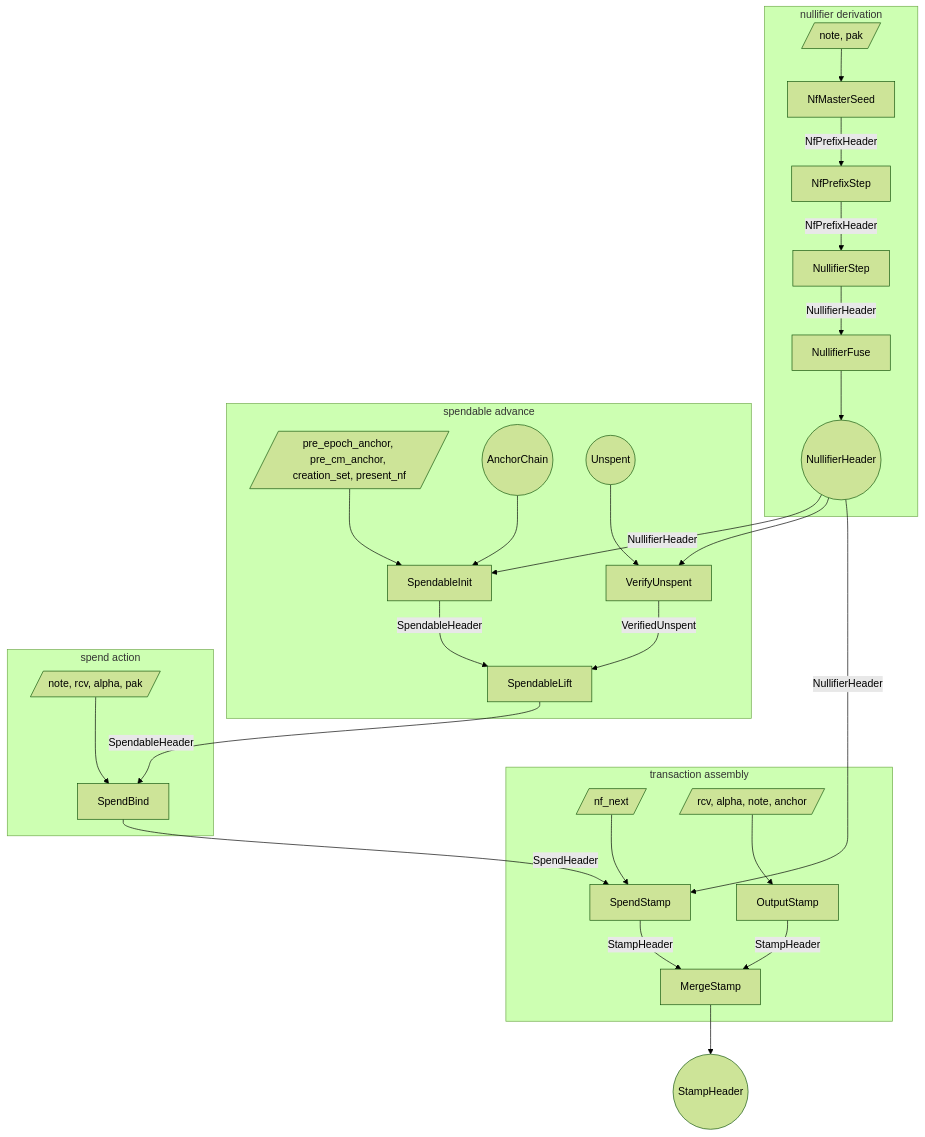
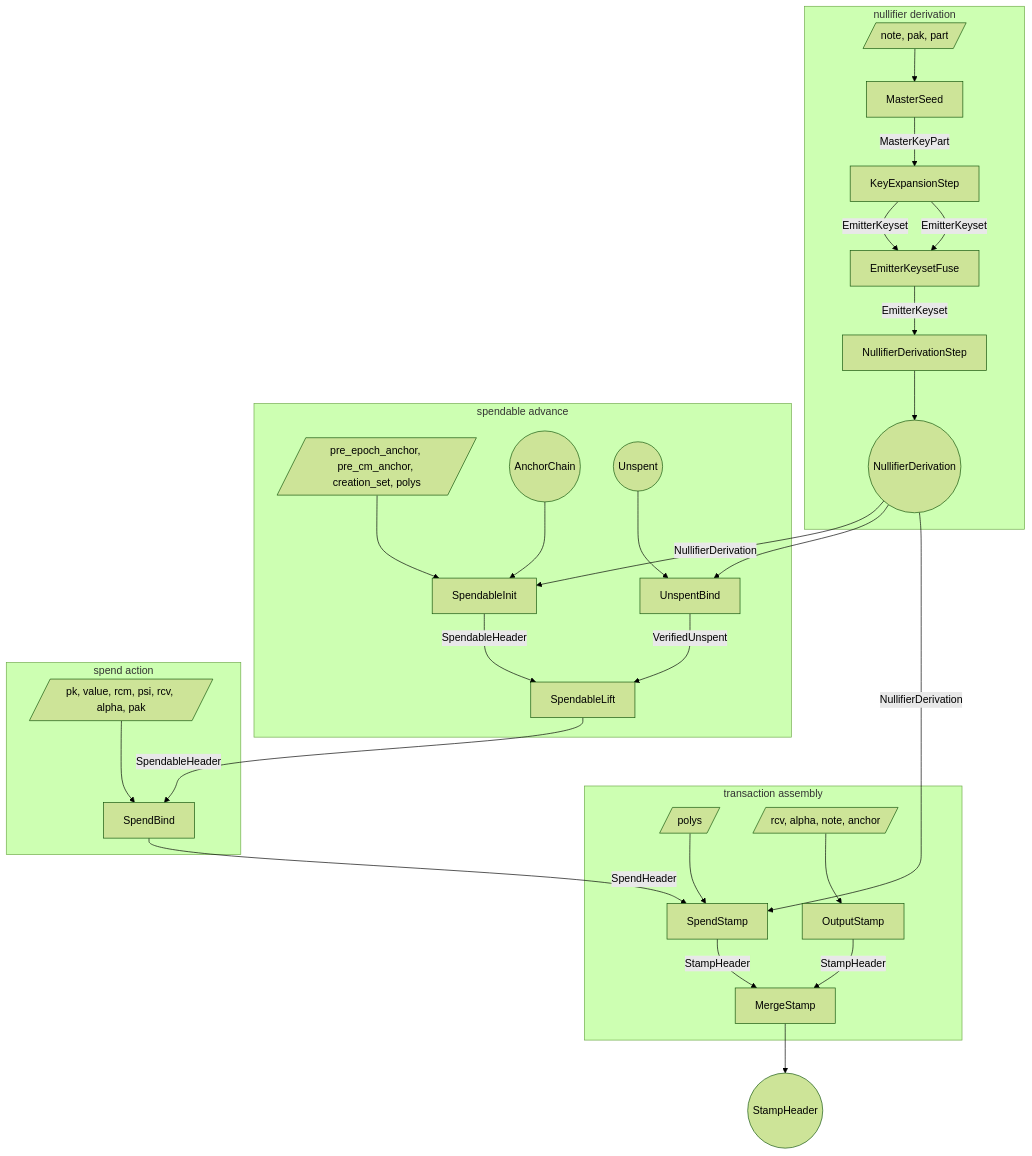
The first of 3 diagrams in book/src/proof-tree.md (tachyon-zcash/tachyon), drawn with Mermaid (forest theme) before and after one commit. The commit also changed other lines of this file and 35 other files, not shown here.

First line of the commit message:
Replace GGM nullifier derivation with MiMC key expansion

````diff
--- a/book/src/proof-tree.md
+++ b/book/src/proof-tree.md
@@ -207,60 +209,61 @@
 ```mermaid
 flowchart TB
   subgraph derive [nullifier derivation]
-    w_seed[/note, pak/]
-    s_seed[NfMasterSeed]
-    s_walk[NfPrefixStep]
-    s_leaf[NullifierStep]
-    s_dfuse[NullifierFuse]
-    nf_range((NullifierHeader))
+    w_seed[/note, pak, part/]
+    s_seed[MasterSeed]
+    s_expand[KeyExpansionStep]
+    s_kfuse[EmitterKeysetFuse]
+    s_derive[NullifierDerivationStep]
+    nf_derivation((NullifierDerivation))
   end
 
   subgraph spendable [spendable advance]
-    w_init[/pre_epoch_anchor, pre_cm_anchor, creation_set, present_nf/]
+    w_init[/pre_epoch_anchor, pre_cm_anchor, creation_set, polys/]
     anchor_init((AnchorChain))
     s_init[SpendableInit]
     unspent_in((Unspent))
-    s_verify[VerifyUnspent]
+    s_verify[UnspentBind]
     s_lift[SpendableLift]
   end
 
   subgraph spend_action [spend action]
-    w_bind[/note, rcv, alpha, pak/]
+    w_bind[/pk, value, rcm, psi, rcv, alpha, pak/]
     s_bind[SpendBind]
   end
 
   subgraph merge [transaction assembly]
-    w_stamp[/nf_next/]
+    w_stamp[/polys/]
     s_spendstamp[SpendStamp]
     w_output[/rcv, alpha, note, anchor/]
     s_output[OutputStamp]
     s_merge[MergeStamp]
   end
 
   stamp_out((StampHeader))
 
   w_seed --> s_seed
-  s_seed -->|NfPrefixHeader| s_walk
-  s_walk -->|NfPrefixHeader| s_leaf
-  s_leaf -->|NullifierHeader| s_dfuse
-  s_dfuse --> nf_range
+  s_seed -->|MasterKeyPart| s_expand
+  s_expand -->|EmitterKeyset| s_kfuse
+  s_expand -->|EmitterKeyset| s_kfuse
+  s_kfuse -->|EmitterKeyset| s_derive
+  s_derive --> nf_derivation
 
   anchor_init --> s_init
-  nf_range -->|NullifierHeader| s_init
+  nf_derivation -->|NullifierDerivation| s_init
   w_init --> s_init
-  nf_range --> s_verify
+  nf_derivation --> s_verify
   unspent_in --> s_verify
   s_init -->|SpendableHeader| s_lift
   s_verify -->|VerifiedUnspent| s_lift
   s_lift -->|SpendableHeader| s_bind
 
   w_bind --> s_bind
   s_bind -->|SpendHeader| s_spendstamp
-  nf_range -->|NullifierHeader| s_spendstamp
+  nf_derivation -->|NullifierDerivation| s_spendstamp
   w_stamp --> s_spendstamp
 
   w_output --> s_output
   s_spendstamp -->|StampHeader| s_merge
   s_output -->|StampHeader| s_merge
   s_merge --> stamp_out
 ```
````
